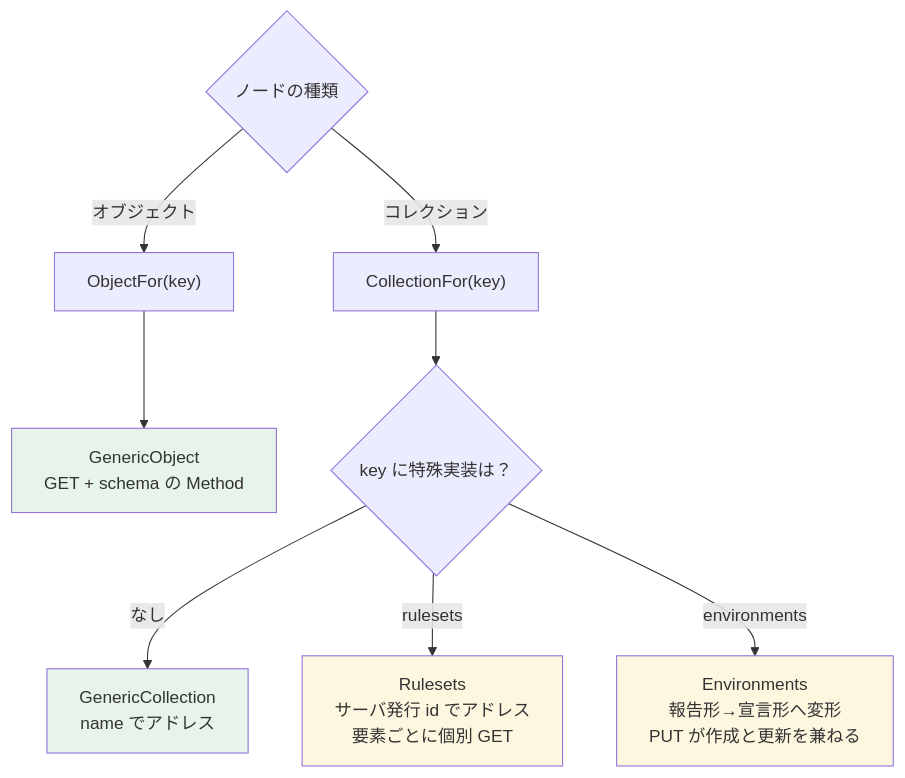
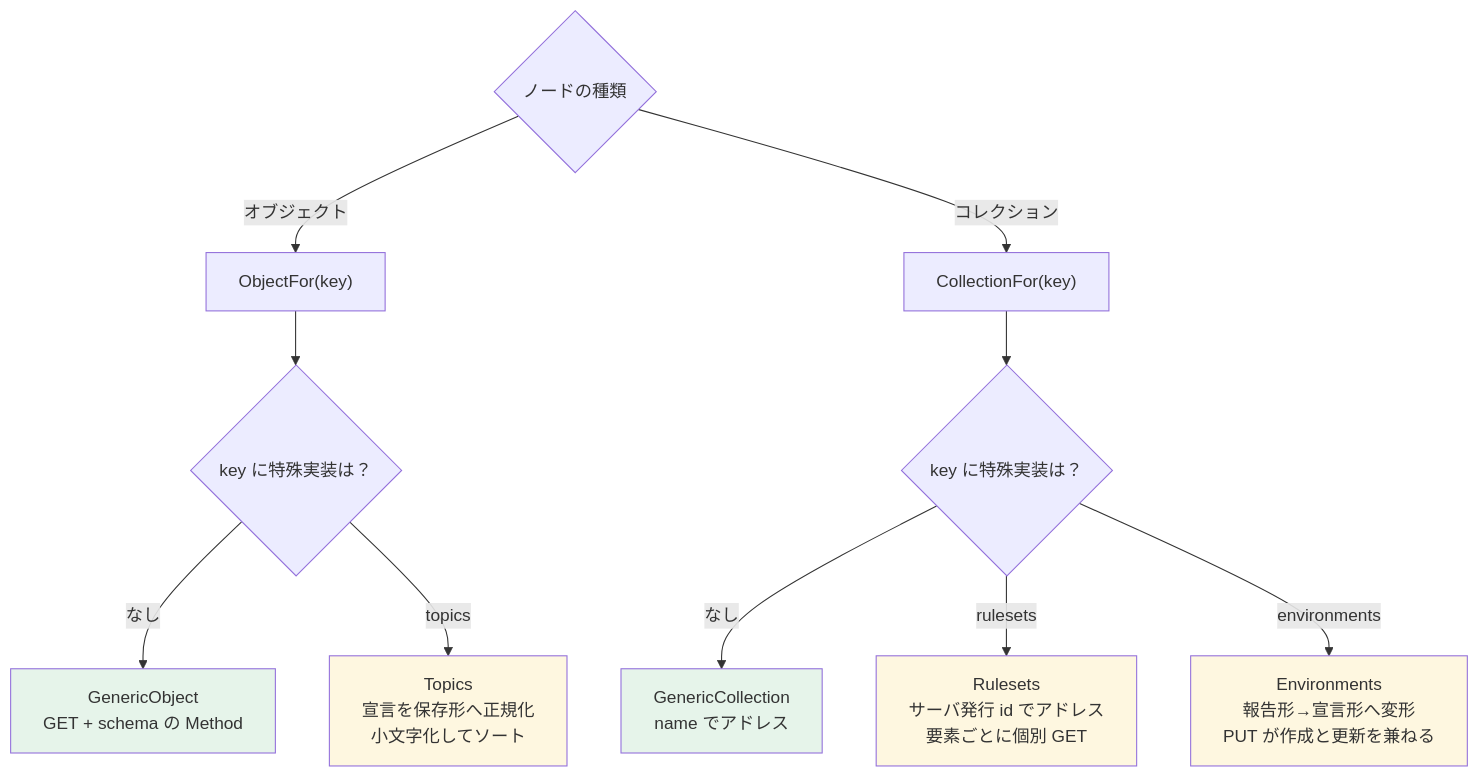
One commit to kota65535/ghs changed the fourth of 5 diagrams in docs/architecture.md. Above: the diagram before and after it, drawn with Mermaid. The commit also changed other lines of this file and 10 other files, not shown here.

````diff
--- a/docs/architecture.md
+++ b/docs/architecture.md
@@ -112,17 +112,20 @@
 ```mermaid
 graph TD
     Q{"ノードの種類"}
     Q -->|オブジェクト| O["ObjectFor(key)"]
     Q -->|コレクション| CO["CollectionFor(key)"]
 
-    O --> OG["GenericObject<br/>GET + schema の Method"]
+    O --> OG0{"key に特殊実装は？"}
+    OG0 -->|なし| OG["GenericObject<br/>GET + schema の Method"]
+    OG0 -->|topics| TP["Topics<br/>宣言を保存形へ正規化<br/>小文字化してソート"]
     CO --> CG{"key に特殊実装は？"}
     CG -->|なし| GC["GenericCollection<br/>name でアドレス"]
     CG -->|rulesets| RS["Rulesets<br/>サーバ発行 id でアドレス<br/>要素ごとに個別 GET"]
     CG -->|environments| EN["Environments<br/>報告形→宣言形へ変形<br/>PUT が作成と更新を兼ねる"]
 
     style OG fill:#e6f4ea
     style GC fill:#e6f4ea
+    style TP fill:#fef7e0
     style RS fill:#fef7e0
     style EN fill:#fef7e0
 ```
````
